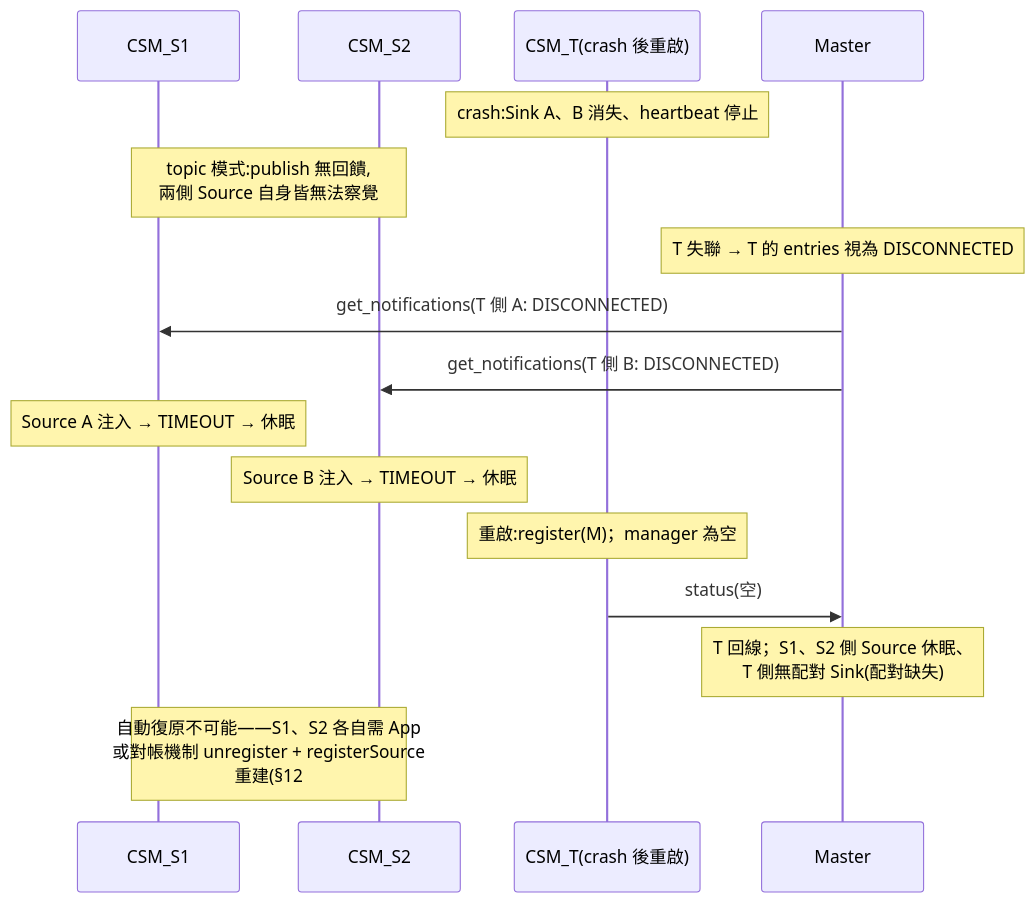
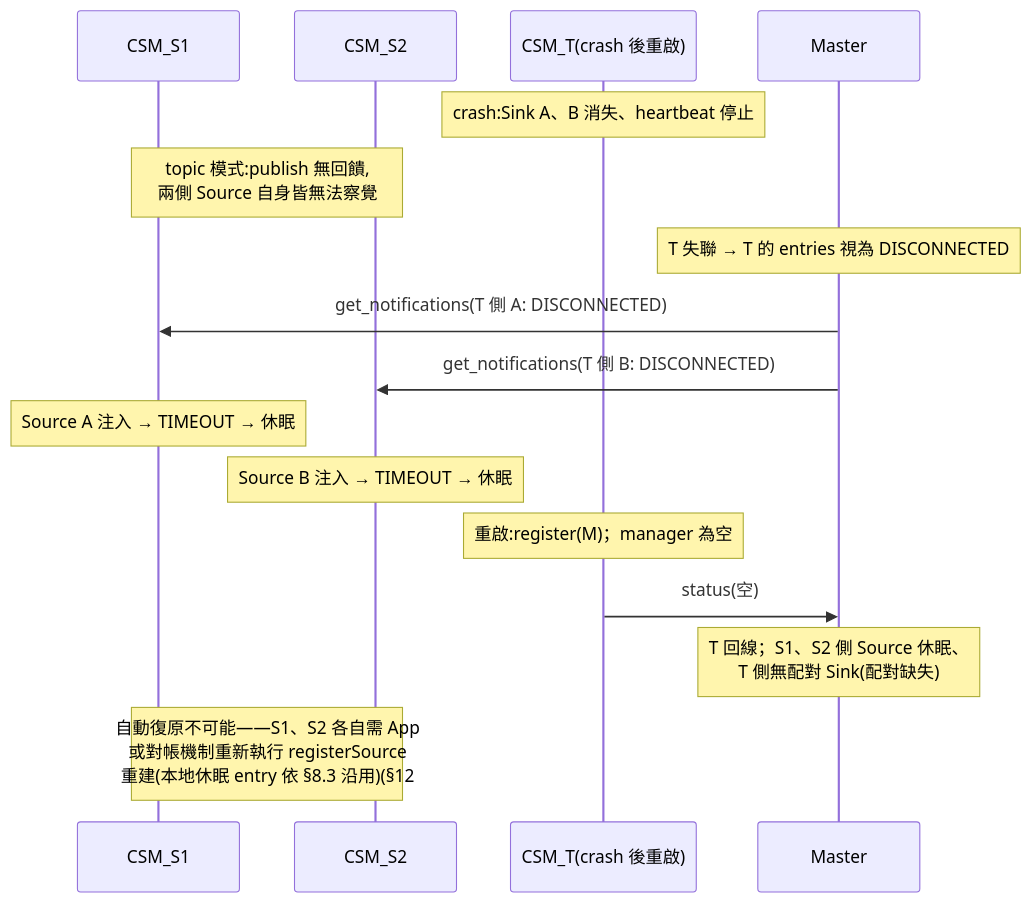
One commit to cocobird231/rv2_project changed diagram 22 of 42 in r1_design_draft.md. Above: the diagram before and after it, drawn with Mermaid. The commit also changed other lines of this file, not shown here.

````diff
--- a/r1_design_draft.md
+++ b/r1_design_draft.md
@@ -1923,20 +1991,20 @@
 ```mermaid
 sequenceDiagram
     participant S1 as CSM_S1
     participant S2 as CSM_S2
     participant T as CSM_T(crash 後重啟)
     participant M as Master
 
     Note over T: crash:Sink A、B 消失、heartbeat 停止
     Note over S1,S2: topic 模式:publish 無回饋,<br/>兩側 Source 自身皆無法察覺
     Note over M: T 失聯 → T 的 entries 視為 DISCONNECTED
     M->>S1: get_notifications(T 側 A: DISCONNECTED)
     M->>S2: get_notifications(T 側 B: DISCONNECTED)
     Note over S1: Source A 注入 → TIMEOUT → 休眠
     Note over S2: Source B 注入 → TIMEOUT → 休眠
 
     Note over T: 重啟:register(M)；manager 為空
     T->>M: status(空)
     Note over M: T 回線；S1、S2 側 Source 休眠、<br/>T 側無配對 Sink(配對缺失)
-    Note over S1,S2: 自動復原不可能——S1、S2 各自需 App<br/>或對帳機制 unregister + registerSource<br/>重建(§12 #4)
+    Note over S1,S2: 自動復原不可能——S1、S2 各自需 App<br/>或對帳機制重新執行 registerSource<br/>重建(本地休眠 entry 依 §8.3 沿用)(§12 #3)
 ```
````
